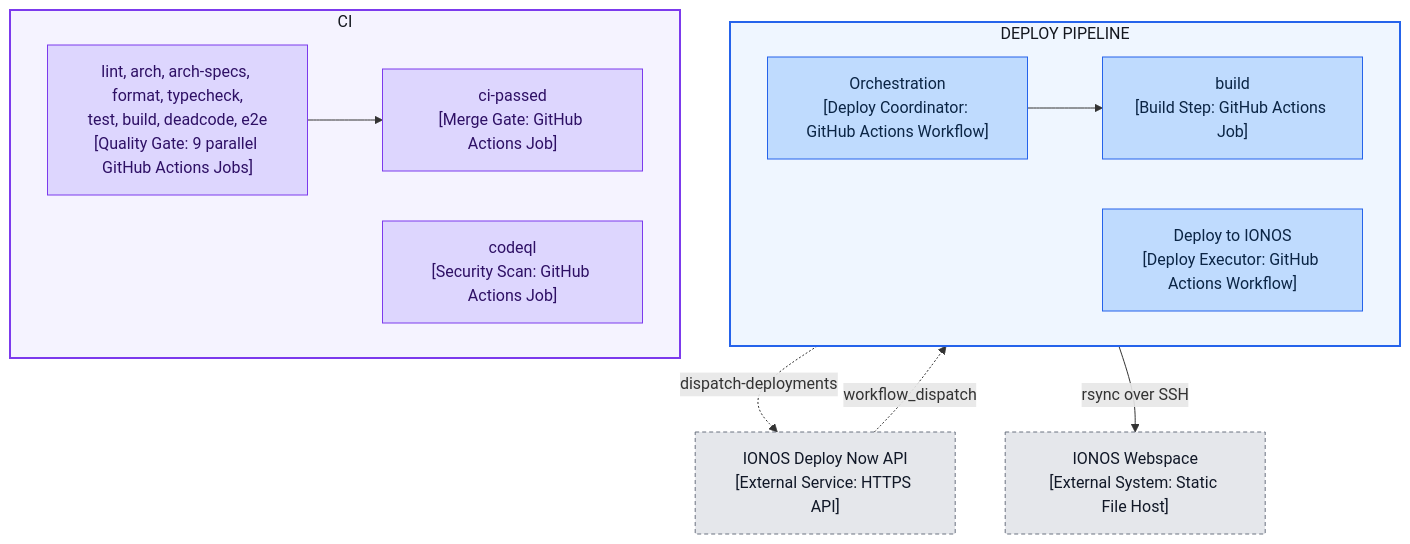
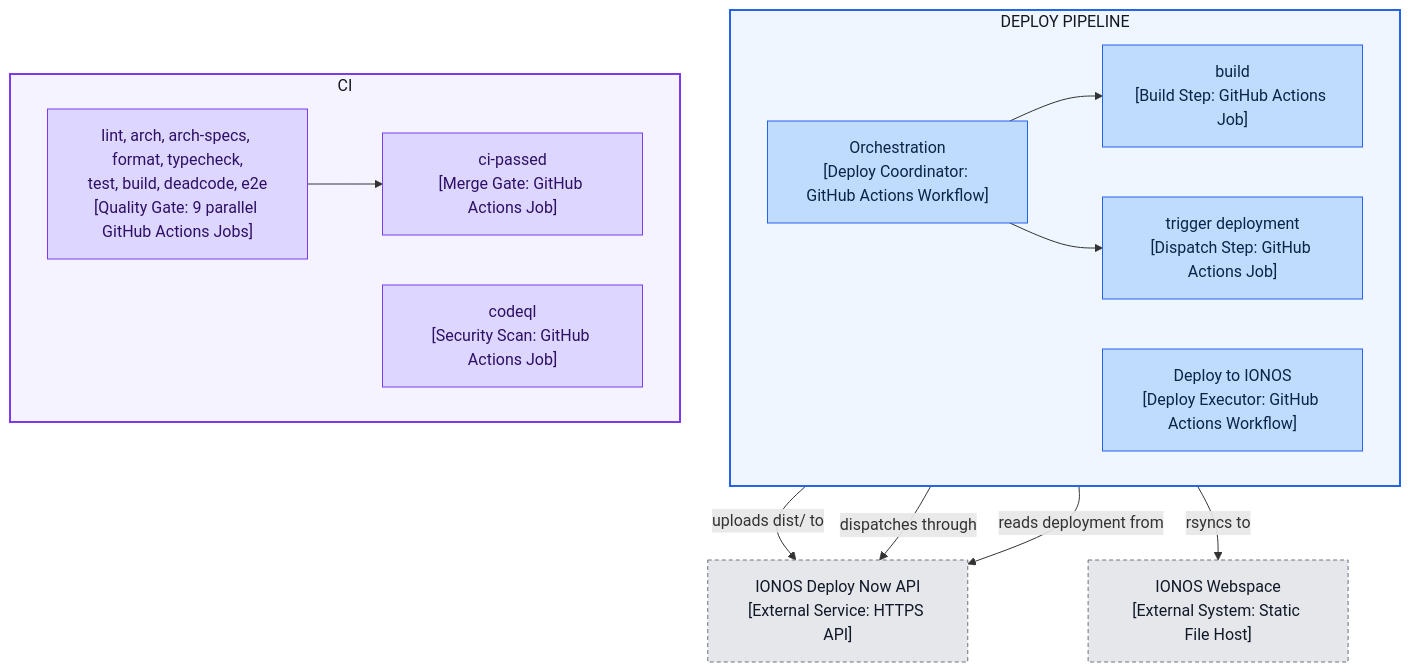
The first of 3 diagrams in docs/technical/runbook.md (cfisch3r/estimate), drawn with Mermaid before and after one commit. The commit also changed other lines of this file and 1 other file, not shown here.

````diff
--- a/docs/technical/runbook.md
+++ b/docs/technical/runbook.md
@@ -19,33 +19,36 @@
 ```mermaid
 flowchart TB
   subgraph DEPLOY["DEPLOY PIPELINE"]
     direction LR
     Orch["Orchestration<br/>[Deploy Coordinator: GitHub Actions Workflow]"]
     BuildJob["build<br/>[Build Step: GitHub Actions Job]"]
+    TriggerJob["trigger deployment<br/>[Dispatch Step: GitHub Actions Job]"]
     DeployWf["Deploy to IONOS<br/>[Deploy Executor: GitHub Actions Workflow]"]
     Orch --> BuildJob
+    Orch --> TriggerJob
   end
 
   subgraph CIL["CI"]
     direction LR
     Gates["lint, arch, arch-specs, format, typecheck,<br/>test, build, deadcode, e2e<br/>[Quality Gate: 9 parallel GitHub Actions Jobs]"]
     Passed["ci-passed<br/>[Merge Gate: GitHub Actions Job]"]
     CodeQL["codeql<br/>[Security Scan: GitHub Actions Job]"]
     Gates --> Passed
   end
 
   IonosAPI["IONOS Deploy Now API<br/>[External Service: HTTPS API]"]:::external
   Webspace["IONOS Webspace<br/>[External System: Static File Host]"]:::external
 
-  BuildJob -.->|dispatch-deployments| IonosAPI
-  IonosAPI -.->|workflow_dispatch| DeployWf
-  DeployWf -->|rsync over SSH| Webspace
+  BuildJob -->|uploads dist/ to| IonosAPI
+  TriggerJob -->|dispatches through| IonosAPI
+  DeployWf -->|reads deployment from| IonosAPI
+  DeployWf -->|rsyncs to| Webspace
 
   classDef deploy fill:#BFDBFE,stroke:#2563EB,color:#0B2545
   classDef ci fill:#DDD6FE,stroke:#7C3AED,color:#2E1065
   classDef external fill:#E5E7EB,stroke:#6B7280,color:#111827,stroke-dasharray: 4 3
-  class Orch,BuildJob,DeployWf deploy
+  class Orch,BuildJob,TriggerJob,DeployWf deploy
   class Gates,Passed,CodeQL ci
   style DEPLOY fill:#EFF6FF,stroke:#2563EB,stroke-width:2px,color:#14171f
   style CIL fill:#F5F3FF,stroke:#7C3AED,stroke-width:2px,color:#14171f
 ```
````
